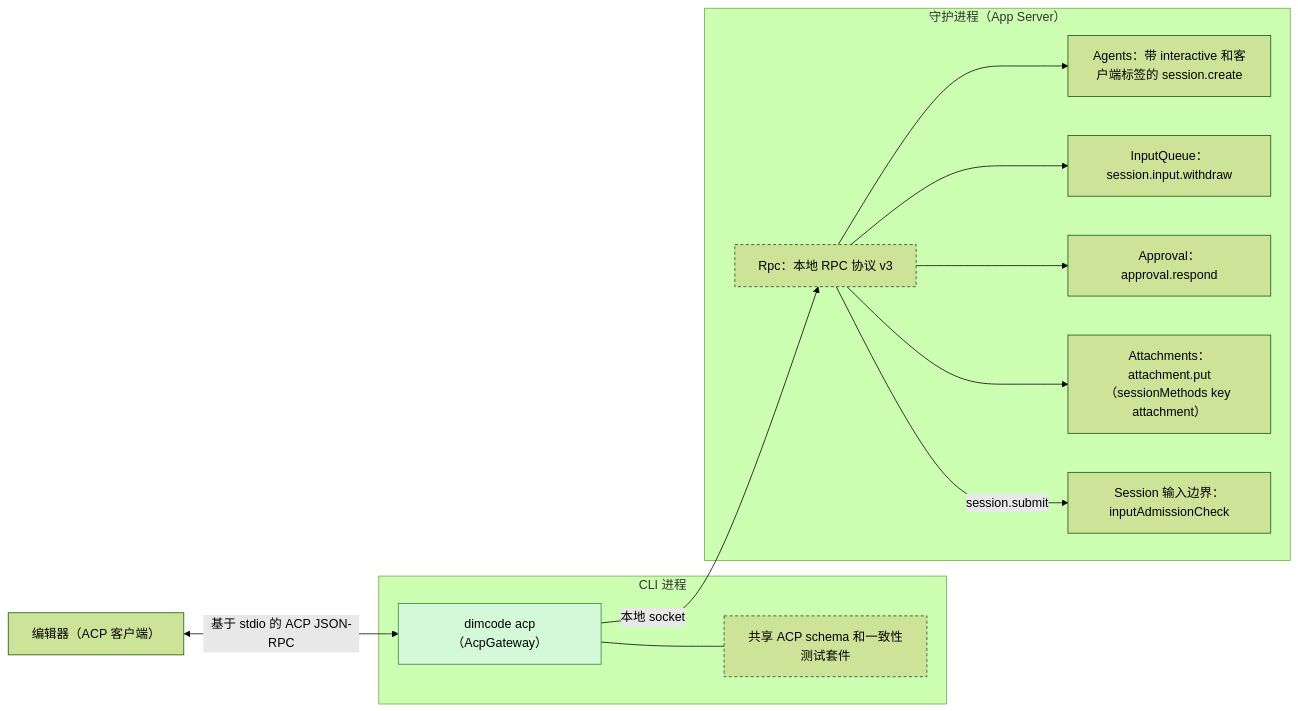
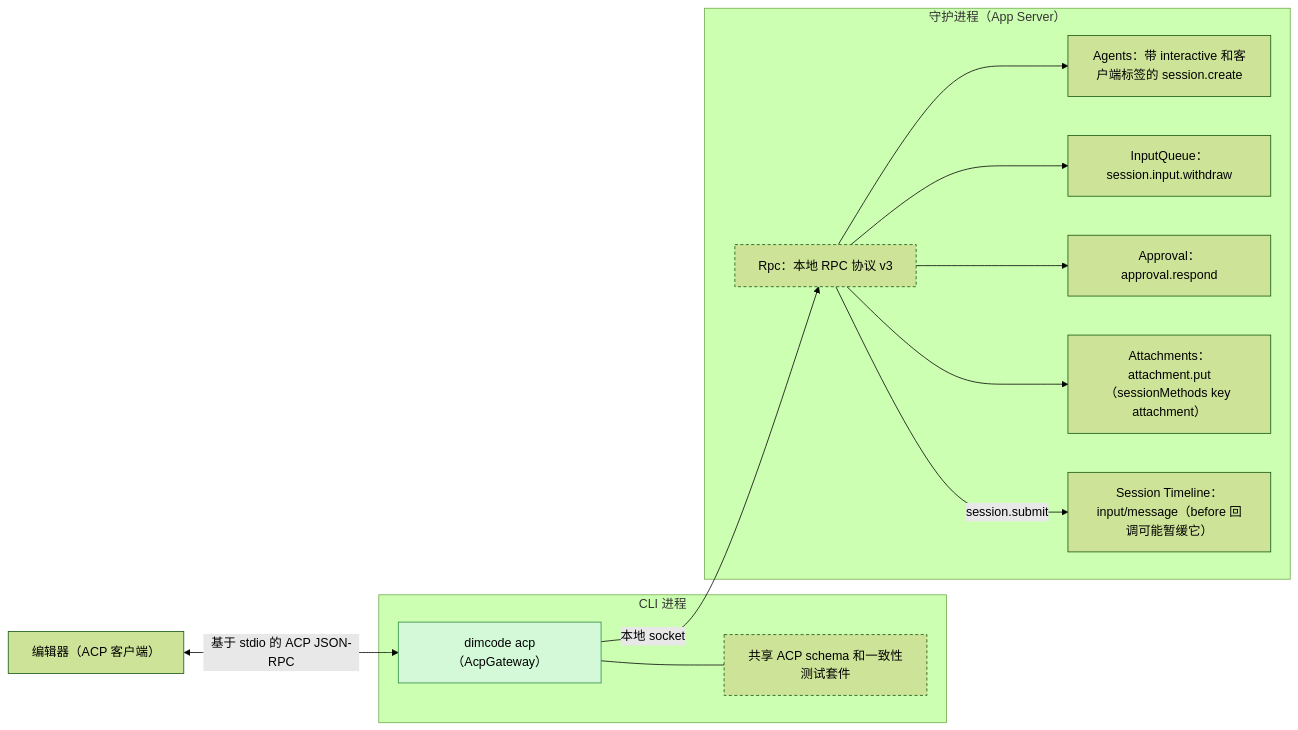
One commit to CoutinhoTTS/dim-agent changed the first of 5 diagrams in docs/zh/design/plugins/AcpGateway.md. Above: the diagram before and after it, drawn with Mermaid (forest theme). The commit also changed other lines of this file and 18 other files, not shown here.

````diff
--- a/docs/zh/design/plugins/AcpGateway.md
+++ b/docs/zh/design/plugins/AcpGateway.md
@@ -9,26 +9,26 @@
 ```mermaid
 flowchart LR
   classDef new fill:#d3f9d8,stroke:#2b8a3e,color:#000
   classDef contract stroke-dasharray:4 3
   Editor["编辑器（ACP 客户端）"]
   subgraph cli["CLI 进程"]
     GW["dimcode acp（AcpGateway）"]:::new
     Schema["共享 ACP schema 和一致性测试套件"]:::contract
   end
   subgraph daemon["守护进程（App Server）"]
     Rpc["Rpc：本地 RPC 协议 v3"]:::contract
     Agents["Agents：带 interactive 和客户端标签的 session.create"]
     IQ["InputQueue：session.input.withdraw"]
     Appr["Approval：approval.respond"]
     Att["Attachments：attachment.put（sessionMethods key attachment）"]
-    IA["Session 输入边界：inputAdmissionCheck"]
+    TLD["Session Timeline：input/message（before 回调可能暂缓它）"]
   end
   Editor <-->|"基于 stdio 的 ACP JSON-RPC"| GW
   GW --- Schema
   GW -->|"本地 socket"| Rpc
   Rpc --> Agents
   Rpc --> IQ
   Rpc --> Appr
   Rpc --> Att
-  Rpc -->|"session.submit"| IA
+  Rpc -->|"session.submit"| TLD
 ```
````
